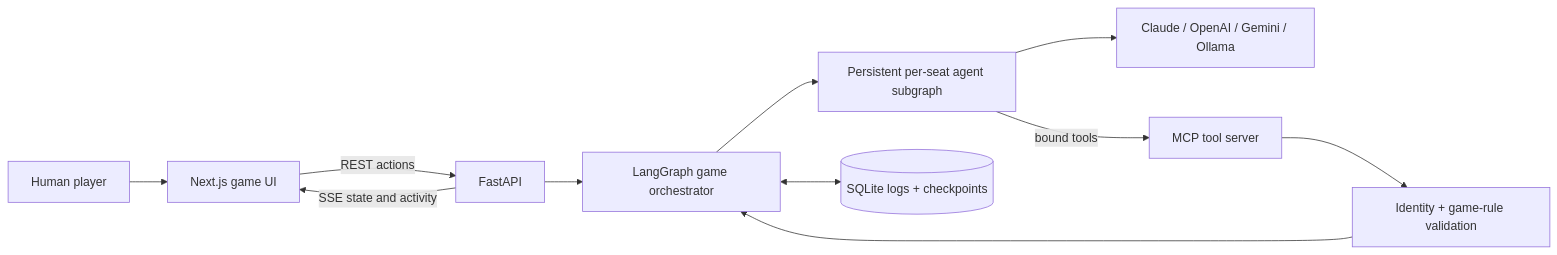
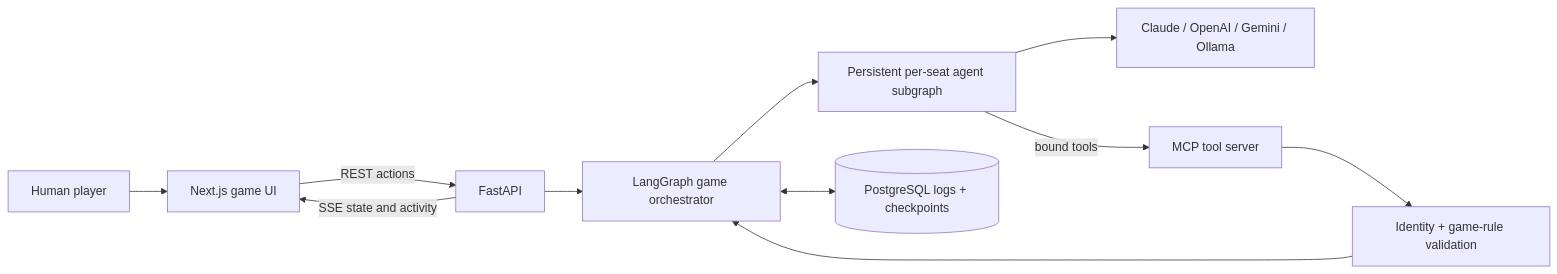
One commit to mk-tdev/village-of-shadows changed the diagram in README.md. Above: the diagram before and after it, drawn with Mermaid. The commit also changed other lines of this file and 39 other files, not shown here.

Commit message:
Migrate persistence to PostgreSQL and add Azure deployment

````diff
--- a/README.md
+++ b/README.md
@@ -84,13 +84,13 @@
 ```mermaid
 flowchart LR
     Human[Human player] --> UI[Next.js game UI]
     UI -->|REST actions| API[FastAPI]
     API --> Graph[LangGraph game orchestrator]
     Graph --> Minds[Persistent per-seat agent subgraph]
     Minds --> Models[Claude / OpenAI / Gemini / Ollama]
     Minds -->|bound tools| MCP[MCP tool server]
     MCP --> Rules[Identity + game-rule validation]
     Rules --> Graph
-    Graph <--> Store[(SQLite logs + checkpoints)]
+    Graph <--> Store[(PostgreSQL logs + checkpoints)]
     API -->|SSE state and activity| UI
 ```
````
